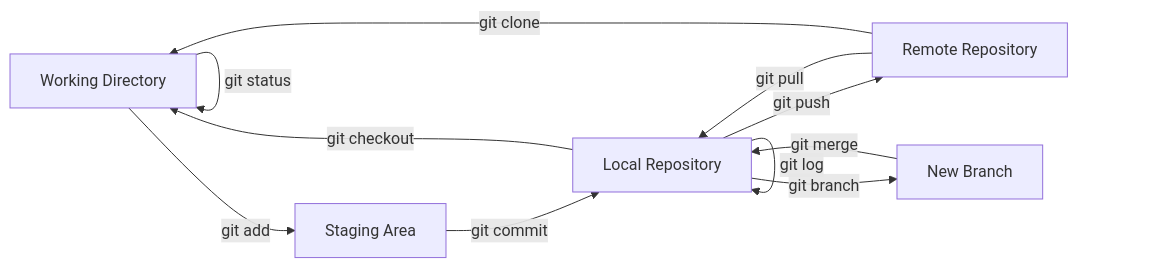
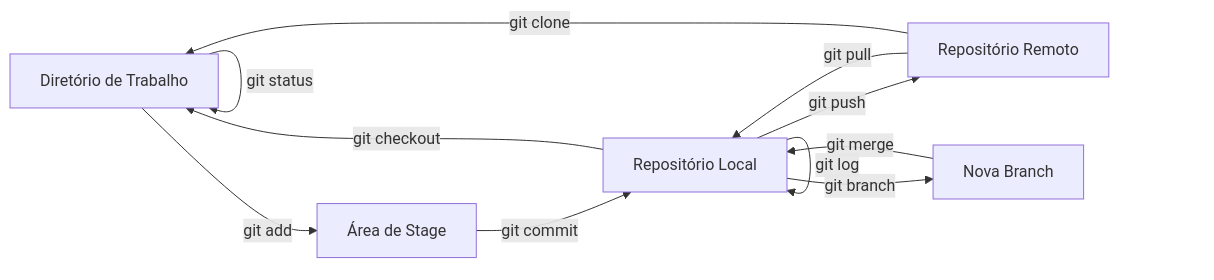
The first of 11 diagrams in README.md (IA-para-DEVs-SD/hello-github), drawn with Mermaid before and after one commit. The commit also changed other lines of this file, not shown here.

First line of the commit message:
Adicionar diagramas Mermaid individuais para cada comando Git

````diff
--- a/README.md
+++ b/README.md
@@ -7,13 +7,13 @@
 ```mermaid
 graph LR
-    A[Working Directory] -->|git add| B[Staging Area]
-    B -->|git commit| C[Local Repository]
-    C -->|git push| D[Remote Repository]
+    A[Diretório de Trabalho] -->|git add| B[Área de Stage]
+    B -->|git commit| C[Repositório Local]
+    C -->|git push| D[Repositório Remoto]
     D -->|git pull| C
     D -->|git clone| A
     C -->|git checkout| A
     A -->|git status| A
     C -->|git log| C
-    C -->|git branch| E[New Branch]
+    C -->|git branch| E[Nova Branch]
     E -->|git merge| C
 ```
````
